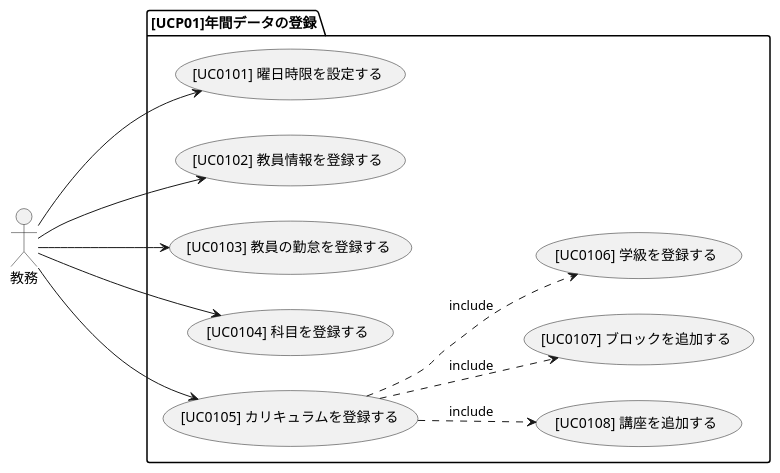
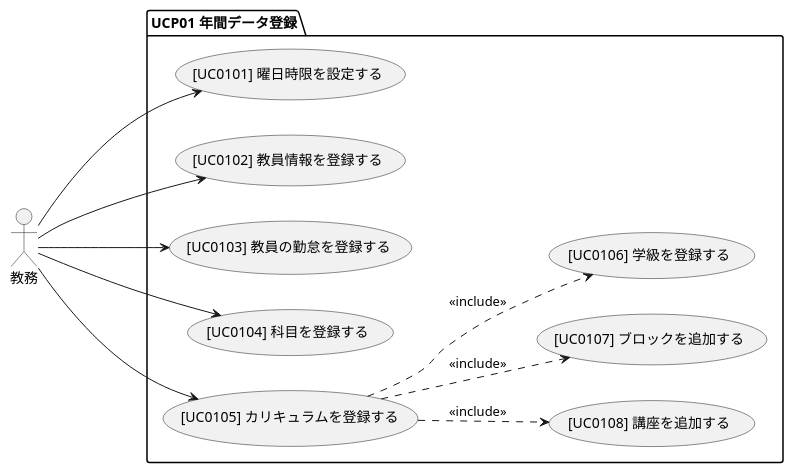
Before and after one commit to takayanag-i/working-in-progress: the diagram in docs/03_システム要件定義/01_ユースケース図/UCP01_年間データ登録.pu, drawn with PlantUML. The commit also changed 3 other files, not shown here.

Commit message:
[FIX] UC図レビュー指摘修正

```diff
--- a/docs/03_システム要件定義/01_ユースケース図/UCP01_年間データ登録.pu
+++ b/docs/03_システム要件定義/01_ユースケース図/UCP01_年間データ登録.pu
@@ -1,16 +1,18 @@
 @startuml usecase diagram
 left to right direction
 
-:教務:
-    package [UCP01]年間データの登録 {
-        教務--->([UC0101] 曜日時限を設定する)
-        教務--->([UC0102] 教員情報を登録する)
-        教務--->([UC0103] 教員の勤怠を登録する)
-        教務--->([UC0104] 科目を登録する)
-        教務--->([UC0105] カリキュラムを登録する)
+actor 教務
 
-        ([UC0105] カリキュラムを登録する) ..> ([UC0108] 講座を追加する) : include
-        ([UC0105] カリキュラムを登録する) ..> ([UC0107] ブロックを追加する) : include
-        ([UC0105] カリキュラムを登録する) ..> ([UC0106] 学級を登録する) :  include
-    }
+package "UCP01 年間データ登録" {
+    教務--->([UC0101] 曜日時限を設定する)
+    教務--->([UC0102] 教員情報を登録する)
+    教務--->([UC0103] 教員の勤怠を登録する)
+    教務--->([UC0104] 科目を登録する)
+    教務--->([UC0105] カリキュラムを登録する)
+
+    ([UC0105] カリキュラムを登録する) ..> ([UC0108] 講座を追加する) : <<include>>
+    ([UC0105] カリキュラムを登録する) ..> ([UC0107] ブロックを追加する) : <<include>>
+    ([UC0105] カリキュラムを登録する) ..> ([UC0106] 学級を登録する) : <<include>>
+}
+
 @enduml
```
